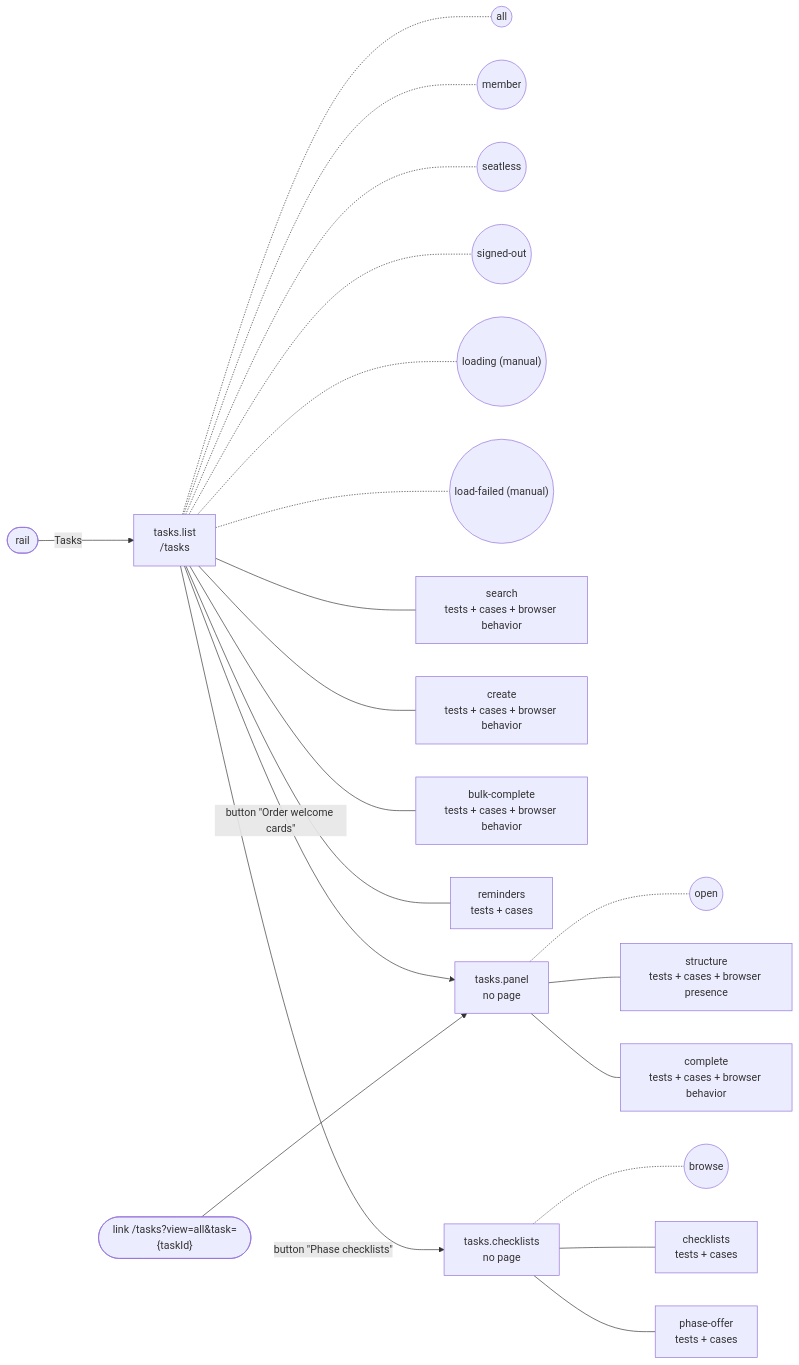
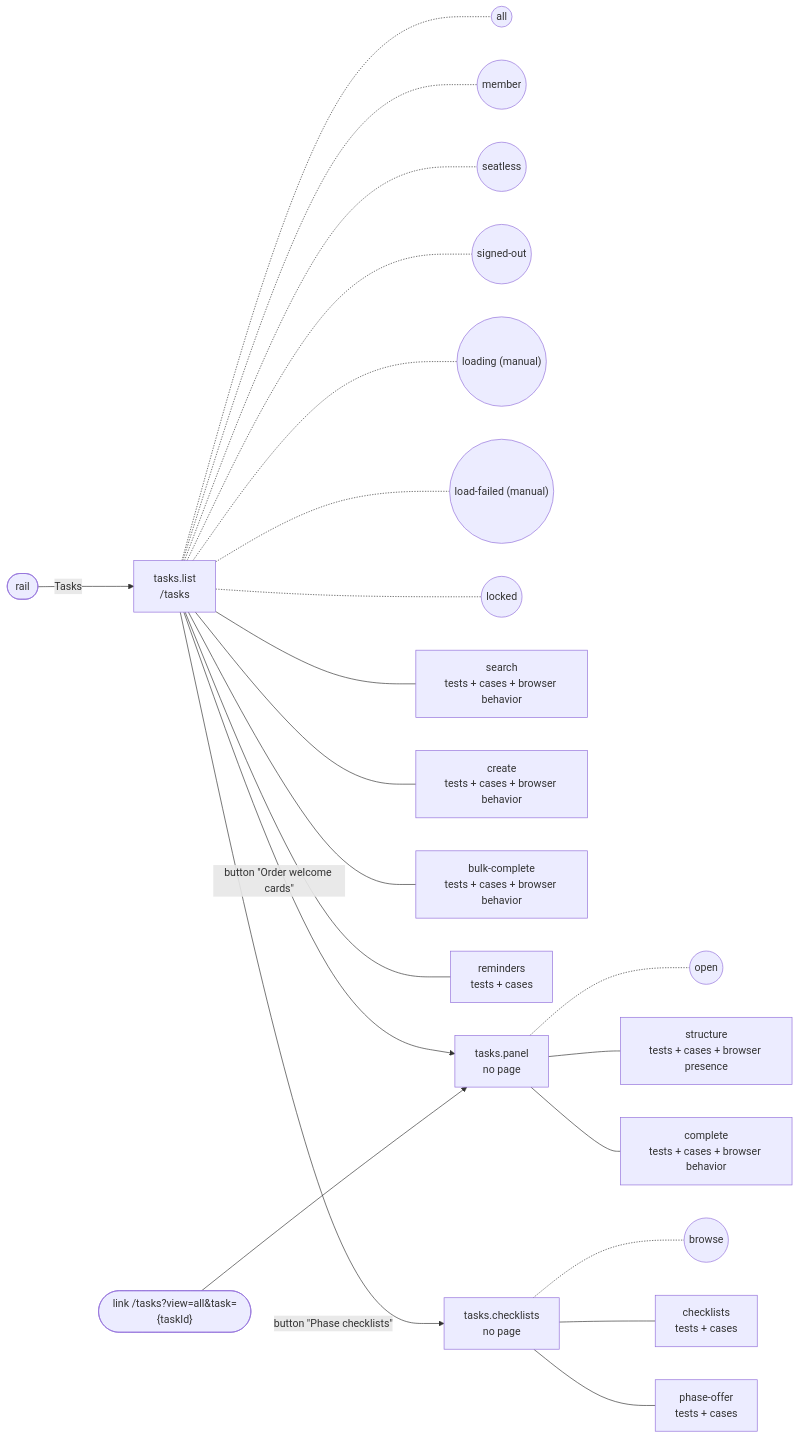
One commit to SebastianGarces/everyfield changed the diagram in docs/feature-maps/tasks.md. Above: the diagram before and after it, drawn with Mermaid. The commit also changed other lines of this file and 170 other files, not shown here.

````diff
--- a/docs/feature-maps/tasks.md
+++ b/docs/feature-maps/tasks.md
@@ -6,28 +6,29 @@
 ```mermaid
 flowchart LR
   rail(["rail"])
   s1_link1(["link /tasks?view=all&task={taskId}"])
   s0["tasks.list<br/>/tasks"]
   rail -- "Tasks" --> s0
   s0 -.- s0_st0(("all"))
   s0 -.- s0_st1(("member"))
   s0 -.- s0_st2(("seatless"))
   s0 -.- s0_st3(("signed-out"))
   s0 -.- s0_st4(("loading (manual)"))
   s0 -.- s0_st5(("load-failed (manual)"))
+  s0 -.- s0_st6(("locked"))
   s0 --- s0_b0["search<br/>tests + cases + browser behavior"]
   s0 --- s0_b1["create<br/>tests + cases + browser behavior"]
   s0 --- s0_b2["bulk-complete<br/>tests + cases + browser behavior"]
   s0 --- s0_b3["reminders<br/>tests + cases"]
   s1["tasks.panel<br/>no page"]
   s0 -- "button #quot;Order welcome cards#quot;" --> s1
   s1_link1 --> s1
   s1 -.- s1_st0(("open"))
   s1 --- s1_b0["structure<br/>tests + cases + browser presence"]
   s1 --- s1_b1["complete<br/>tests + cases + browser behavior"]
   s2["tasks.checklists<br/>no page"]
   s0 -- "button #quot;Phase checklists#quot;" --> s2
   s2 -.- s2_st0(("browse"))
   s2 --- s2_b0["checklists<br/>tests + cases"]
   s2 --- s2_b1["phase-offer<br/>tests + cases"]
 ```
````
